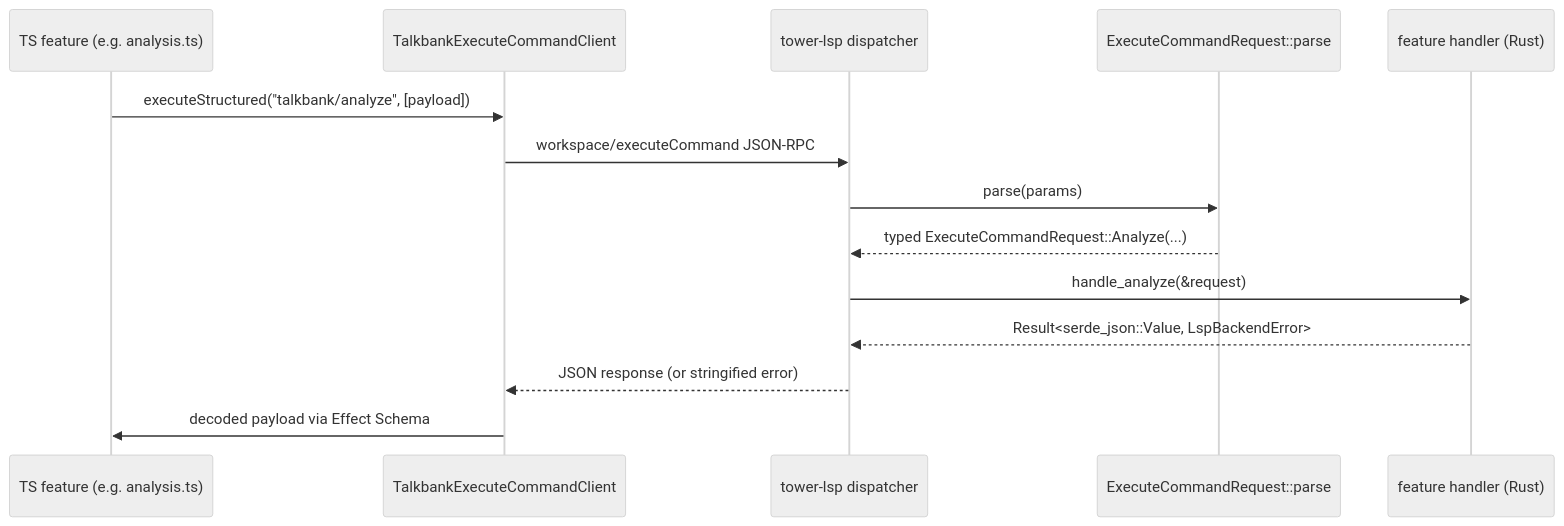
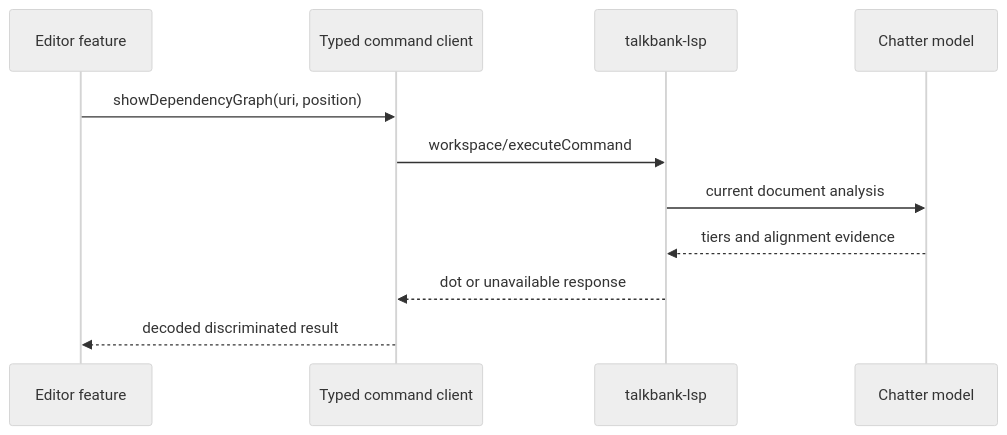
The diagram in book/src/reference/rpc-contracts.md (TalkBank/chatter-vscode), drawn with Mermaid (neutral theme) before and after one commit. The commit also changed other lines of this file and 107 other files, not shown here.

Commit message:
Restore composed CLAN analysis and modernize the editor client

````diff
--- a/book/src/reference/rpc-contracts.md
+++ b/book/src/reference/rpc-contracts.md
@@ -17,20 +13,13 @@
 ```mermaid
-%% Verified against: src/lsp/executeCommandClient.ts,
-%% crates/talkbank-lsp/src/backend/requests/execute_command.rs,
-%% crates/talkbank-lsp/src/backend/execute_commands.rs.
 sequenceDiagram
-    participant TS as TS feature (e.g. analysis.ts)
-    participant Client as TalkbankExecuteCommandClient
-    participant LSP as tower-lsp dispatcher
-    participant Decoder as ExecuteCommandRequest::parse
-    participant Handler as feature handler (Rust)
-
-    TS->>Client: executeStructured("talkbank/analyze", [payload])
-    Client->>LSP: workspace/executeCommand JSON-RPC
-    LSP->>Decoder: parse(params)
-    Decoder-->>LSP: typed ExecuteCommandRequest::Analyze(...)
-    LSP->>Handler: handle_analyze(&request)
-    Handler-->>LSP: Result<serde_json::Value, LspBackendError>
-    LSP-->>Client: JSON response (or stringified error)
-    Client->>TS: decoded payload via Effect Schema
+    participant Feature as Editor feature
+    participant Client as Typed command client
+    participant Server as talkbank-lsp
+    participant Model as Chatter model
+    Feature->>Client: showDependencyGraph(uri, position)
+    Client->>Server: workspace/executeCommand
+    Server->>Model: current document analysis
+    Model-->>Server: tiers and alignment evidence
+    Server-->>Client: dot or unavailable response
+    Client-->>Feature: decoded discriminated result
 ```
````
